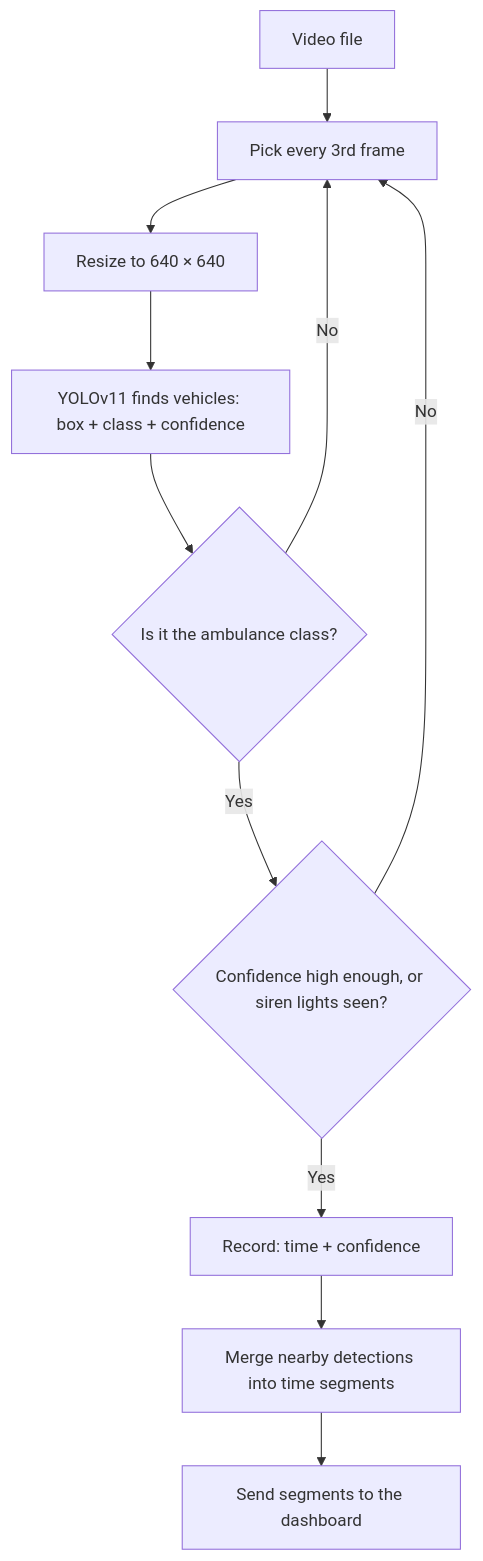
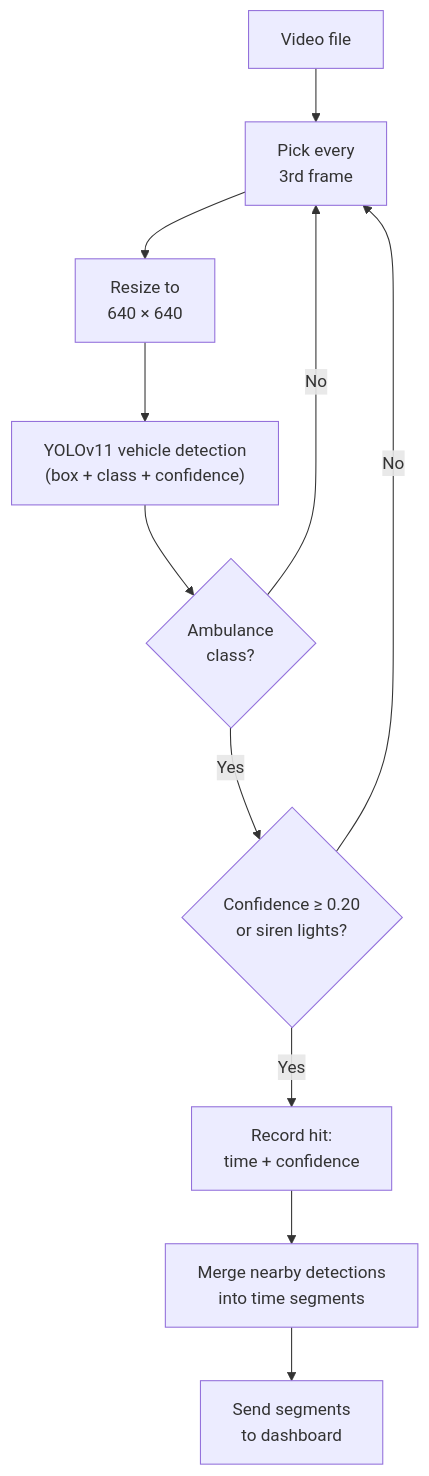
The second of 3 diagrams in README.md (ritamdeep/emergency-vehicle-ai-detection), drawn with Mermaid before and after one commit. The commit also changed other lines of this file, not shown here.

Commit message:
docs: format all Mermaid flowchart labels with line breaks for complete visibility

````diff
--- a/README.md
+++ b/README.md
@@ -252,13 +252,13 @@
 ```mermaid
 flowchart TD
-    A[Video file] --> B[Pick every 3rd frame]
-    B --> C[Resize to 640 × 640]
-    C --> D[YOLOv11 finds vehicles: box + class + confidence]
-    D --> E{Is it the ambulance class?}
+    A["Video file"] --> B["Pick every<br/>3rd frame"]
+    B --> C["Resize to<br/>640 × 640"]
+    C --> D["YOLOv11 vehicle detection<br/>(box + class + confidence)"]
+    D --> E{"Ambulance<br/>class?"}
     E -- No --> B
-    E -- Yes --> F{Confidence high enough, or siren lights seen?}
+    E -- Yes --> F{"Confidence &ge; 0.20<br/>or siren lights?"}
     F -- No --> B
-    F -- Yes --> G[Record: time + confidence]
-    G --> H[Merge nearby detections into time segments]
-    H --> I[Send segments to the dashboard]
+    F -- Yes --> G["Record hit:<br/>time + confidence"]
+    G --> H["Merge nearby detections<br/>into time segments"]
+    H --> I["Send segments<br/>to dashboard"]
 ```
````
